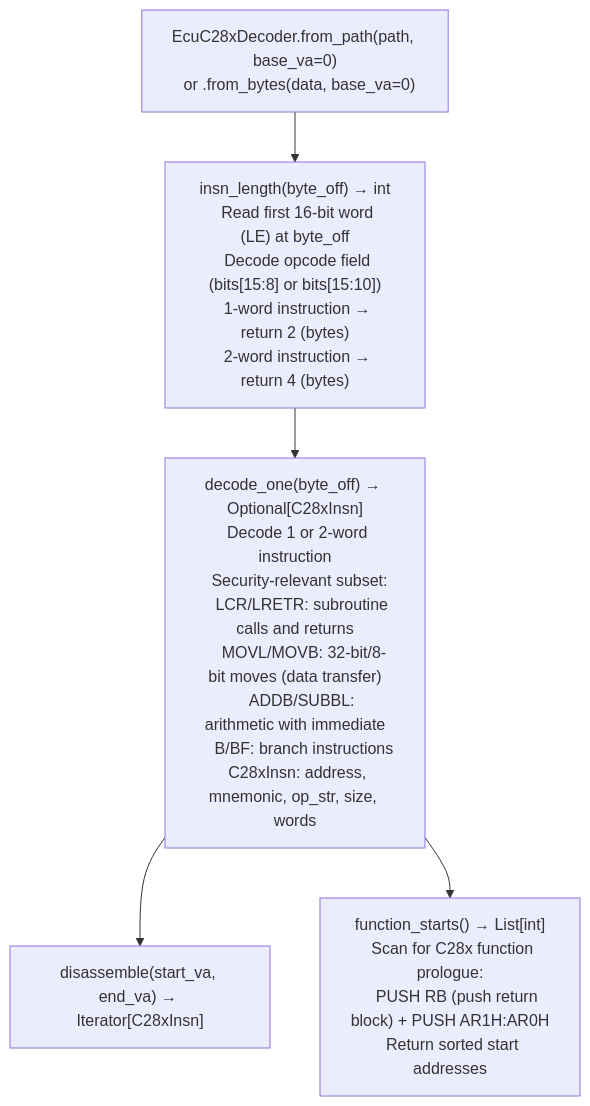
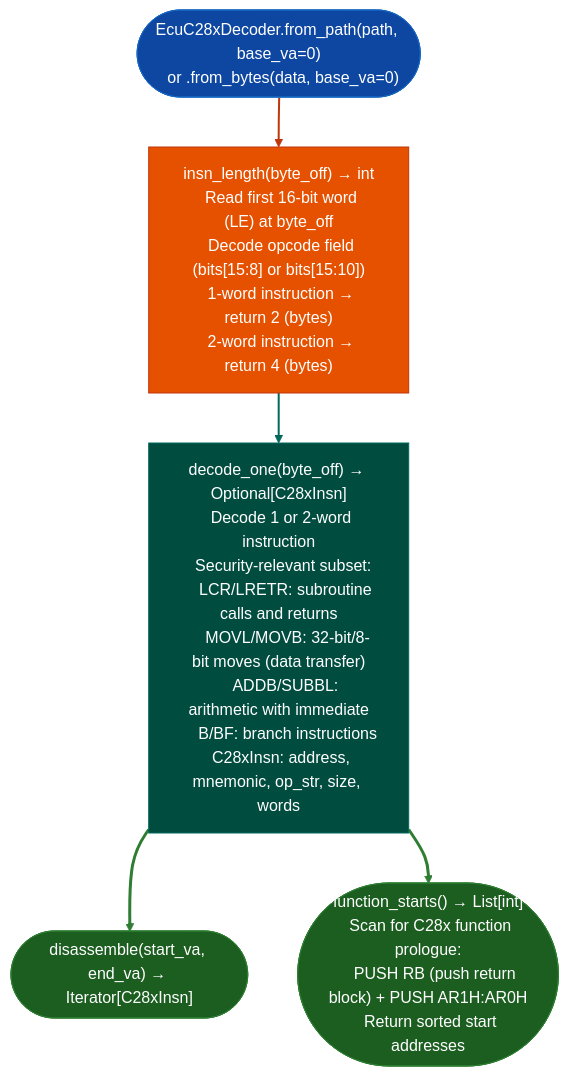
Before and after one commit to Ablation-Tool/ablation: the diagram in docs/reference-modules/ti-c28x-decoding.md, drawn with Mermaid. The commit also changed 320 other files, not shown here.

First line of the commit message:
docs: apply canonical Mermaid template to all 321 diagrams

````diff
--- a/docs/reference-modules/ti-c28x-decoding.md
+++ b/docs/reference-modules/ti-c28x-decoding.md
@@ -19,7 +19,17 @@
 ```mermaid
 flowchart TD
-    A["EcuC28xDecoder.from_path(path, base_va=0)\n  or .from_bytes(data, base_va=0)"] --> B["insn_length(byte_off) → int\n  Read first 16-bit word (LE) at byte_off\n  Decode opcode field (bits[15:8] or bits[15:10])\n  1-word instruction → return 2 (bytes)\n  2-word instruction → return 4 (bytes)"]
-    B --> C["decode_one(byte_off) → Optional[C28xInsn]\n  Decode 1 or 2-word instruction\n  Security-relevant subset:\n    LCR/LRETR: subroutine calls and returns\n    MOVL/MOVB: 32-bit/8-bit moves (data transfer)\n    ADDB/SUBBL: arithmetic with immediate\n    B/BF: branch instructions\n  C28xInsn: address, mnemonic, op_str, size, words"]
-    C --> D["disassemble(start_va, end_va) → Iterator[C28xInsn]"]
-    C --> E["function_starts() → List[int]\n  Scan for C28x function prologue:\n    PUSH RB (push return block) + PUSH AR1H:AR0H\n  Return sorted start addresses"]
+    A(["EcuC28xDecoder.from_path(path, base_va=0)\n  or .from_bytes(data, base_va=0)"]):::input --> B["insn_length(byte_off) → int\n  Read first 16-bit word (LE) at byte_off\n  Decode opcode field (bits[15:8] or bits[15:10])\n  1-word instruction → return 2 (bytes)\n  2-word instruction → return 4 (bytes)"]:::primary
+    B:::primary --> C["decode_one(byte_off) → Optional[C28xInsn]\n  Decode 1 or 2-word instruction\n  Security-relevant subset:\n    LCR/LRETR: subroutine calls and returns\n    MOVL/MOVB: 32-bit/8-bit moves (data transfer)\n    ADDB/SUBBL: arithmetic with immediate\n    B/BF: branch instructions\n  C28xInsn: address, mnemonic, op_str, size, words"]:::secondary
+    C:::secondary --> D(["disassemble(start_va, end_va) → Iterator[C28xInsn]"]):::output
+    C:::secondary --> E(["function_starts() → List[int]\n  Scan for C28x function prologue:\n    PUSH RB (push return block) + PUSH AR1H:AR0H\n  Return sorted start addresses"]):::output
+    classDef input     fill:#0d47a1,stroke:#1565c0,color:#fff
+    classDef primary   fill:#e65100,stroke:#bf360c,color:#fff
+    classDef secondary fill:#004d40,stroke:#00695c,color:#fff
+    classDef tertiary  fill:#4a148c,stroke:#6a1b9a,color:#fff
+    classDef neutral   fill:#37474f,stroke:#546e7a,color:#fff
+    classDef output    fill:#1b5e20,stroke:#2e7d32,color:#fff
+    linkStyle 0 stroke:#bf360c,stroke-width:2px
+    linkStyle 1 stroke:#00695c,stroke-width:2px
+    linkStyle 2 stroke:#2e7d32,stroke-width:3px
+    linkStyle 3 stroke:#2e7d32,stroke-width:3px
 ```
````
